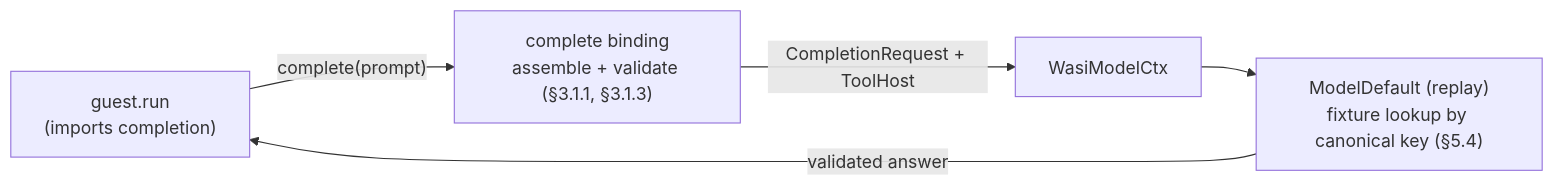
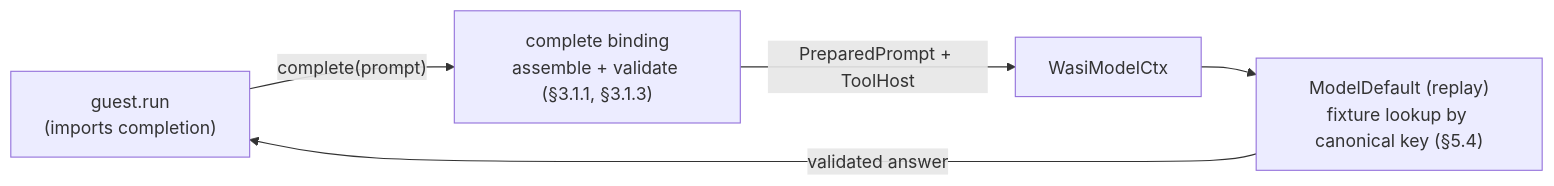
Before and after one commit to augentic/omnia: the diagram in examples/model/README.md, drawn with Mermaid. The commit also changed 7 other files, not shown here.

Commit message:
CompletionRequest -> PreparedPrompt

````diff
--- a/examples/model/README.md
+++ b/examples/model/README.md
@@ -14,7 +14,7 @@
 ```mermaid
 flowchart LR
   guest["guest.run<br/>(imports completion)"] -->|"complete(prompt)"| bind["complete binding<br/>assemble + validate (§3.1.1, §3.1.3)"]
-  bind -->|"CompletionRequest + ToolHost"| ctx["WasiModelCtx"]
+  bind -->|"PreparedPrompt + ToolHost"| ctx["WasiModelCtx"]
   ctx --> replay["ModelDefault (replay)<br/>fixture lookup by canonical key (§5.4)"]
   replay -->|"validated answer"| guest
 ```
````
